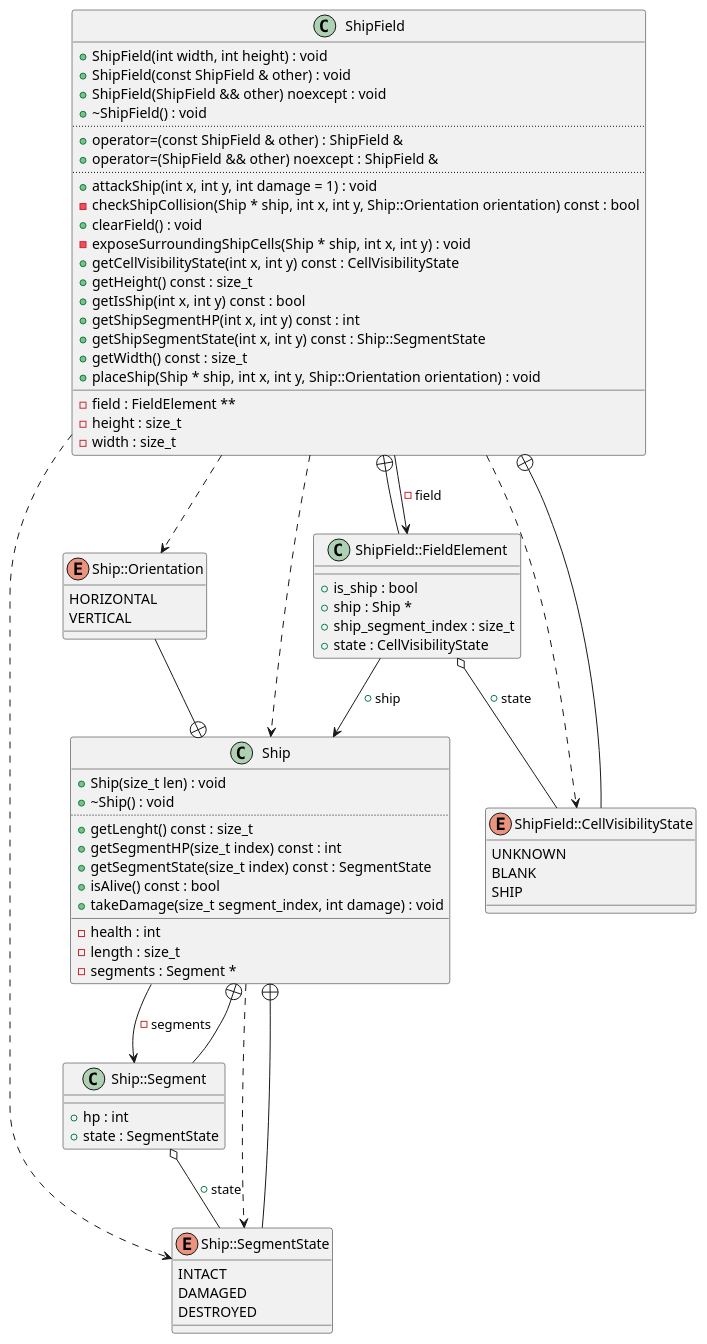
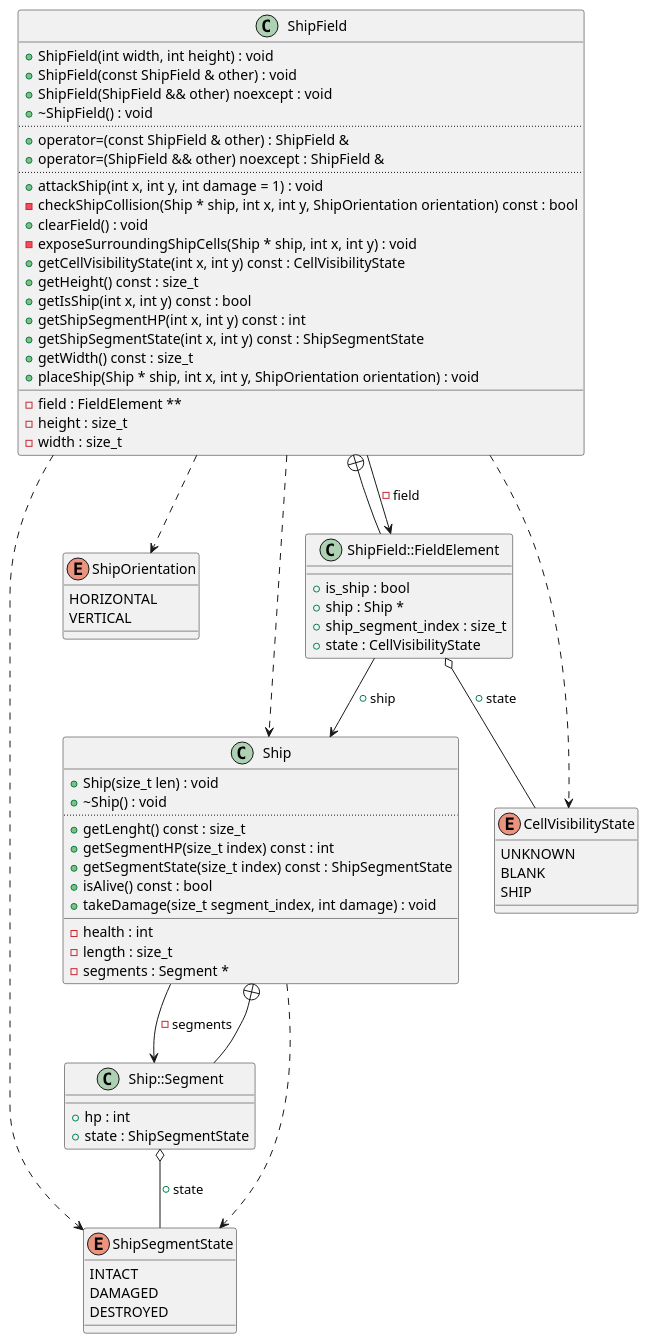
The diagram in diagrams/ShipField.puml (Rennelv/ships), drawn with PlantUML before and after one commit. The commit also changed 19 other files, not shown here.

```diff
--- a/diagrams/ShipField.puml
+++ b/diagrams/ShipField.puml
@@ -1,92 +1,89 @@
 @startuml
+enum "ShipSegmentState" as C_0014256742677139282670
+enum C_0014256742677139282670 {
+INTACT
+DAMAGED
+DESTROYED
+}
+enum "ShipOrientation" as C_0002579181642537833876
+enum C_0002579181642537833876 {
+HORIZONTAL
+VERTICAL
+}
+enum "CellVisibilityState" as C_0003333043679234439357
+enum C_0003333043679234439357 {
+UNKNOWN
+BLANK
+SHIP
+}
 class "Ship" as C_0014529657433315016423
 class C_0014529657433315016423 {
 +Ship(size_t len) : void
 +~Ship() : void
 ..
 +getLenght() const : size_t
 +getSegmentHP(size_t index) const : int
-+getSegmentState(size_t index) const : SegmentState
++getSegmentState(size_t index) const : ShipSegmentState
 +isAlive() const : bool
 +takeDamage(size_t segment_index, int damage) : void
 __
 -health : int
 -length : size_t
 -segments : Segment *
 }
-enum "Ship::SegmentState" as C_0016593760204207859148
-enum C_0016593760204207859148 {
-INTACT
-DAMAGED
-DESTROYED
-}
-enum "Ship::Orientation" as C_0015200704647938469073
-enum C_0015200704647938469073 {
-HORIZONTAL
-VERTICAL
-}
 class "Ship::Segment" as C_0000674658759292391449
 class C_0000674658759292391449 {
 __
 +hp : int
-+state : SegmentState
++state : ShipSegmentState
 }
 class "ShipField" as C_0003843296779074973901
 class C_0003843296779074973901 {
 +ShipField(int width, int height) : void
 +ShipField(const ShipField & other) : void
 +ShipField(ShipField && other) noexcept : void
 +~ShipField() : void
 ..
 +operator=(const ShipField & other) : ShipField &
 +operator=(ShipField && other) noexcept : ShipField &
 ..
 +attackShip(int x, int y, int damage = 1) : void
--checkShipCollision(Ship * ship, int x, int y, Ship::Orientation orientation) const : bool
+-checkShipCollision(Ship * ship, int x, int y, ShipOrientation orientation) const : bool
 +clearField() : void
 -exposeSurroundingShipCells(Ship * ship, int x, int y) : void
 +getCellVisibilityState(int x, int y) const : CellVisibilityState
 +getHeight() const : size_t
 +getIsShip(int x, int y) const : bool
 +getShipSegmentHP(int x, int y) const : int
-+getShipSegmentState(int x, int y) const : Ship::SegmentState
++getShipSegmentState(int x, int y) const : ShipSegmentState
 +getWidth() const : size_t
-+placeShip(Ship * ship, int x, int y, Ship::Orientation orientation) : void
++placeShip(Ship * ship, int x, int y, ShipOrientation orientation) : void
 __
 -field : FieldElement **
 -height : size_t
 -width : size_t
-}
-enum "ShipField::CellVisibilityState" as C_0014337503322603405869
-enum C_0014337503322603405869 {
-UNKNOWN
-BLANK
-SHIP
 }
 class "ShipField::FieldElement" as C_0000316359785794417378
 class C_0000316359785794417378 {
 __
 +is_ship : bool
 +ship : Ship *
 +ship_segment_index : size_t
 +state : CellVisibilityState
 }
-C_0014529657433315016423 ..> C_0016593760204207859148
+C_0014529657433315016423 ..> C_0014256742677139282670
 C_0014529657433315016423 --> C_0000674658759292391449 : -segments
-C_0016593760204207859148 --+ C_0014529657433315016423
-C_0015200704647938469073 --+ C_0014529657433315016423
 C_0000674658759292391449 --+ C_0014529657433315016423
-C_0000674658759292391449 o-- C_0016593760204207859148 : +state
+C_0000674658759292391449 o-- C_0014256742677139282670 : +state
 C_0003843296779074973901 ..> C_0014529657433315016423
-C_0003843296779074973901 ..> C_0015200704647938469073
-C_0003843296779074973901 ..> C_0014337503322603405869
-C_0003843296779074973901 ..> C_0016593760204207859148
+C_0003843296779074973901 ..> C_0002579181642537833876
+C_0003843296779074973901 ..> C_0003333043679234439357
+C_0003843296779074973901 ..> C_0014256742677139282670
 C_0003843296779074973901 --> C_0000316359785794417378 : -field
-C_0014337503322603405869 --+ C_0003843296779074973901
 C_0000316359785794417378 --+ C_0003843296779074973901
-C_0000316359785794417378 o-- C_0014337503322603405869 : +state
+C_0000316359785794417378 o-- C_0003333043679234439357 : +state
 C_0000316359785794417378 --> C_0014529657433315016423 : +ship
 
 'Generated with clang-uml, version 0.5.5
 'LLVM version clang version 18.1.8
 @enduml
```
